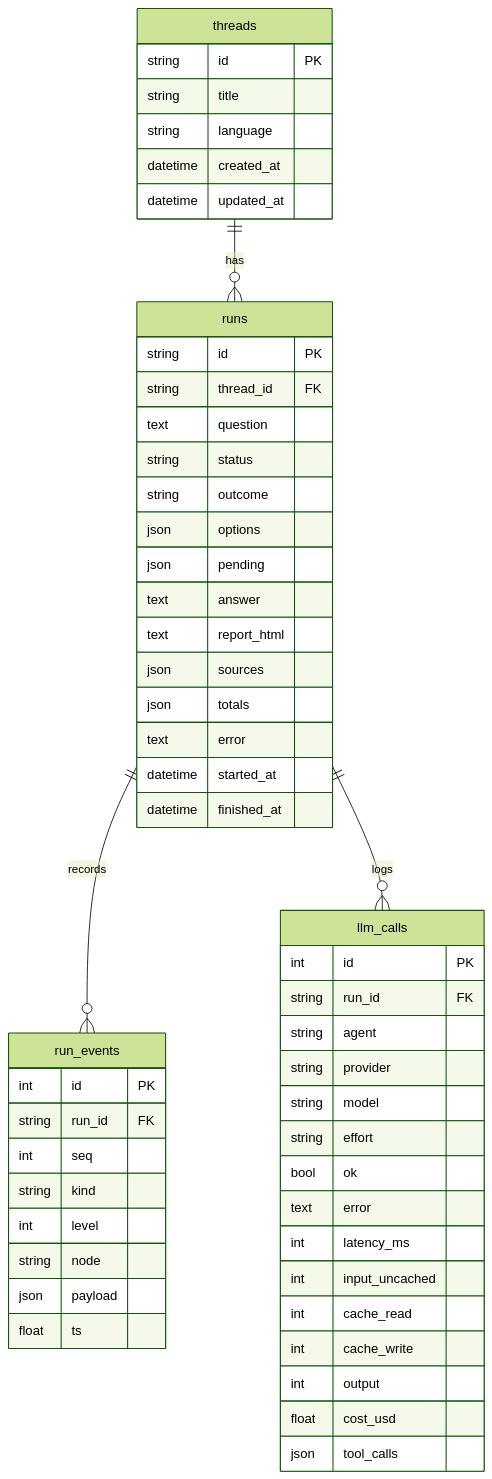
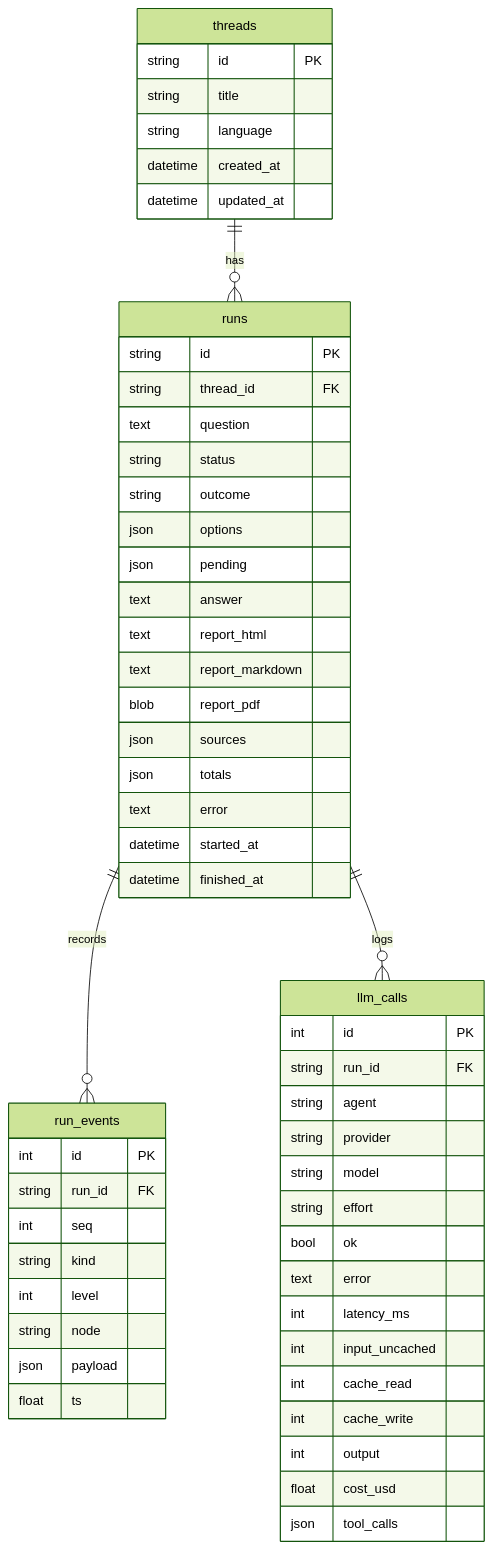
The third of 3 diagrams in ARCHITECTURE.md (garygsw/agentic-policy-analytics), drawn with Mermaid (forest theme) before and after one commit. The commit also changed other lines of this file and 32 other files, not shown here.

````diff
--- a/ARCHITECTURE.md
+++ b/ARCHITECTURE.md
@@ -259,56 +262,58 @@
 ```mermaid
 erDiagram
   threads ||--o{ runs : has
   runs ||--o{ run_events : records
   runs ||--o{ llm_calls : logs
   threads {
     string id PK
     string title
     string language
     datetime created_at
     datetime updated_at
   }
   runs {
     string id PK
     string thread_id FK
     text question
     string status
     string outcome
     json options
     json pending
     text answer
     text report_html
+    text report_markdown
+    blob report_pdf
     json sources
     json totals
     text error
     datetime started_at
     datetime finished_at
   }
   run_events {
     int id PK
     string run_id FK
     int seq
     string kind
     int level
     string node
     json payload
     float ts
   }
   llm_calls {
     int id PK
     string run_id FK
     string agent
     string provider
     string model
     string effort
     bool ok
     text error
     int latency_ms
     int input_uncached
     int cache_read
     int cache_write
     int output
     float cost_usd
     json tool_calls
   }
 ```
````
